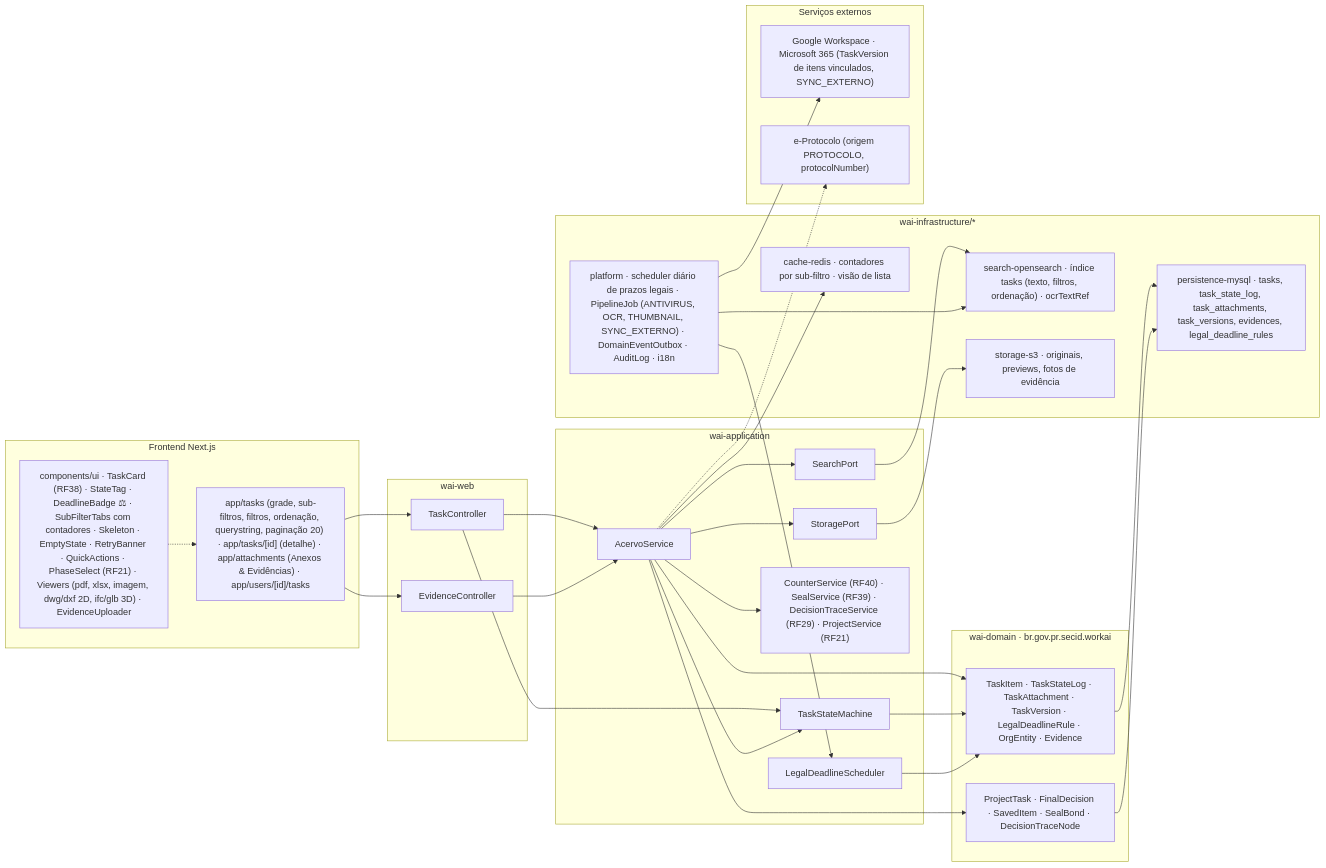
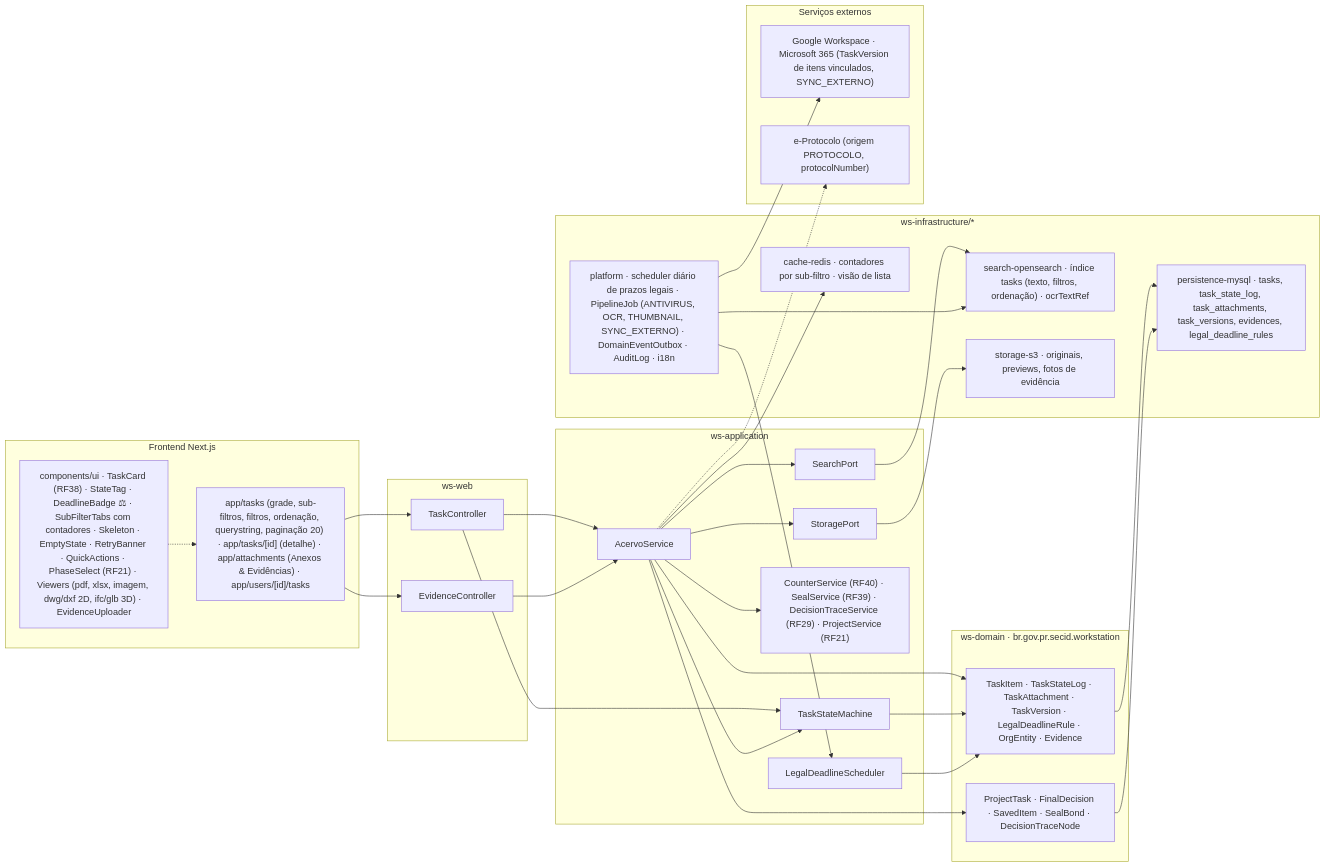
One commit to MatheusHaliski/Decia-app-2026 changed the fifth of 5 diagrams in docs/diagramas/RF41/README.md. Above: the diagram before and after it, drawn with Mermaid. The commit also changed other lines of this file and 65 other files, not shown here.

First line of the commit message:
docs: renomeia o produto para Work Station (módulos ws-*), UserPreferences no diagrama v1, RF44/RF45 ajustados, design system (tokens, components.css, 66 ícones, 112 anatomias SVG, galeria e capturas) e dúvidas Q-36..Q-43

````diff
--- a/docs/diagramas/RF41/README.md
+++ b/docs/diagramas/RF41/README.md
@@ -561,63 +561,63 @@
 ```mermaid
 flowchart LR
   subgraph FE["Frontend Next.js"]
     FE1["app/tasks (grade, sub-filtros, filtros, ordenação, querystring, paginação 20) · app/tasks/[id] (detalhe) · app/attachments (Anexos & Evidências) · app/users/[id]/tasks"]
     FE2["components/ui · TaskCard (RF38) · StateTag · DeadlineBadge ⚖ · SubFilterTabs com contadores · Skeleton · EmptyState · RetryBanner · QuickActions · PhaseSelect (RF21) · Viewers (pdf, xlsx, imagem, dwg/dxf 2D, ifc/glb 3D) · EvidenceUploader"]
   end
 
-  subgraph WEB["wai-web"]
+  subgraph WEB["ws-web"]
     C1["TaskController"]
     C2["EvidenceController"]
   end
 
-  subgraph APP["wai-application"]
+  subgraph APP["ws-application"]
     S1["AcervoService"]
     S2["TaskStateMachine"]
     S3["LegalDeadlineScheduler"]
     S4["CounterService (RF40) · SealService (RF39) · DecisionTraceService (RF29) · ProjectService (RF21)"]
     P1["SearchPort"]
     P2["StoragePort"]
   end
 
-  subgraph DOM["wai-domain · br.gov.pr.secid.workai"]
+  subgraph DOM["ws-domain · br.gov.pr.secid.workstation"]
     D1["TaskItem · TaskStateLog · TaskAttachment · TaskVersion · LegalDeadlineRule · OrgEntity · Evidence"]
     D2["ProjectTask · FinalDecision · SavedItem · SealBond · DecisionTraceNode"]
   end
 
-  subgraph INFRA["wai-infrastructure/*"]
+  subgraph INFRA["ws-infrastructure/*"]
     I1["persistence-mysql · tasks, task_state_log, task_attachments, task_versions, evidences, legal_deadline_rules"]
     I2["search-opensearch · índice tasks (texto, filtros, ordenação) · ocrTextRef"]
     I3["cache-redis · contadores por sub-filtro · visão de lista"]
     I4["storage-s3 · originais, previews, fotos de evidência"]
     I5["platform · scheduler diário de prazos legais · PipelineJob (ANTIVIRUS, OCR, THUMBNAIL, SYNC_EXTERNO) · DomainEventOutbox · AuditLog · i18n"]
   end
 
   subgraph EXT["Serviços externos"]
     X1["Google Workspace · Microsoft 365 (TaskVersion de itens vinculados, SYNC_EXTERNO)"]
     X2["e-Protocolo (origem PROTOCOLO, protocolNumber)"]
   end
 
   FE1 --> C1
   FE1 --> C2
   FE2 -.-> FE1
   C1 --> S1
   C1 --> S2
   C2 --> S1
   S1 --> S2
   S1 --> S4
   S1 --> P1
   S1 --> P2
   S1 --> D1
   S1 --> D2
   S2 --> D1
   S3 --> D1
   D1 --> I1
   D2 --> I1
   P1 --> I2
   P2 --> I4
   S1 --> I3
   I5 --> S3
   I5 --> I2
   I5 --> X1
   S1 -.-> X2
 ```
````
